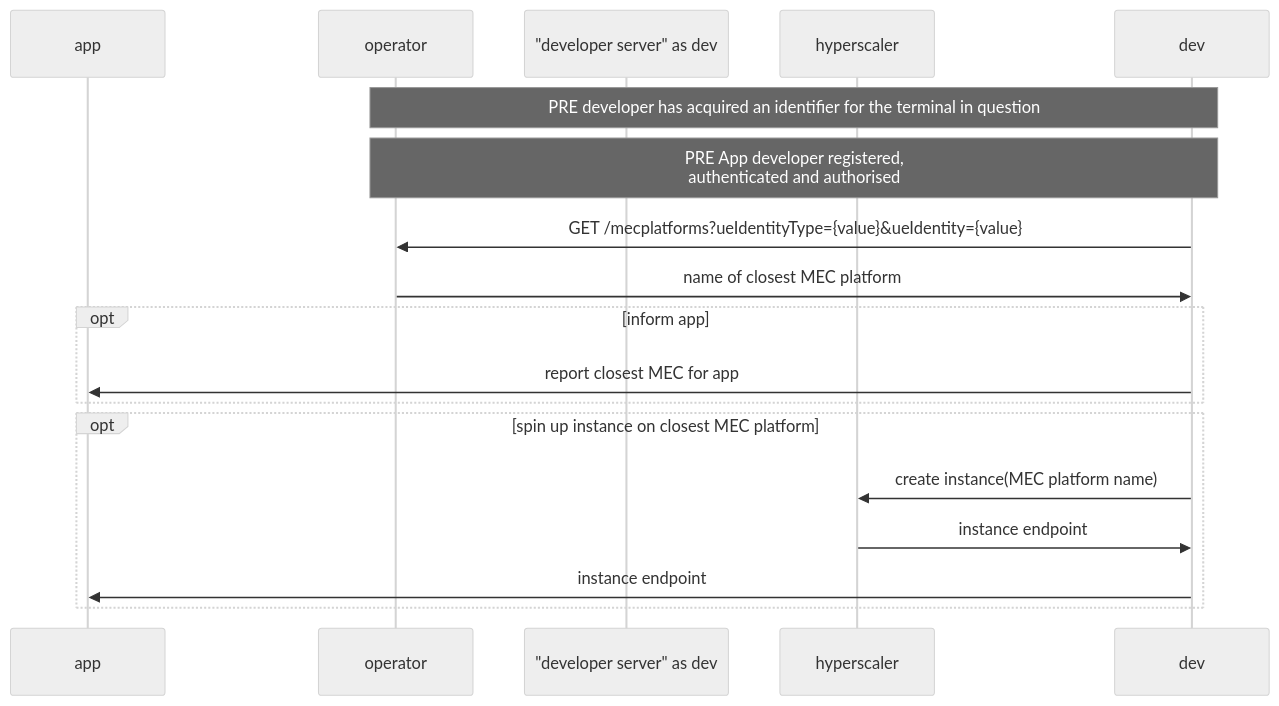
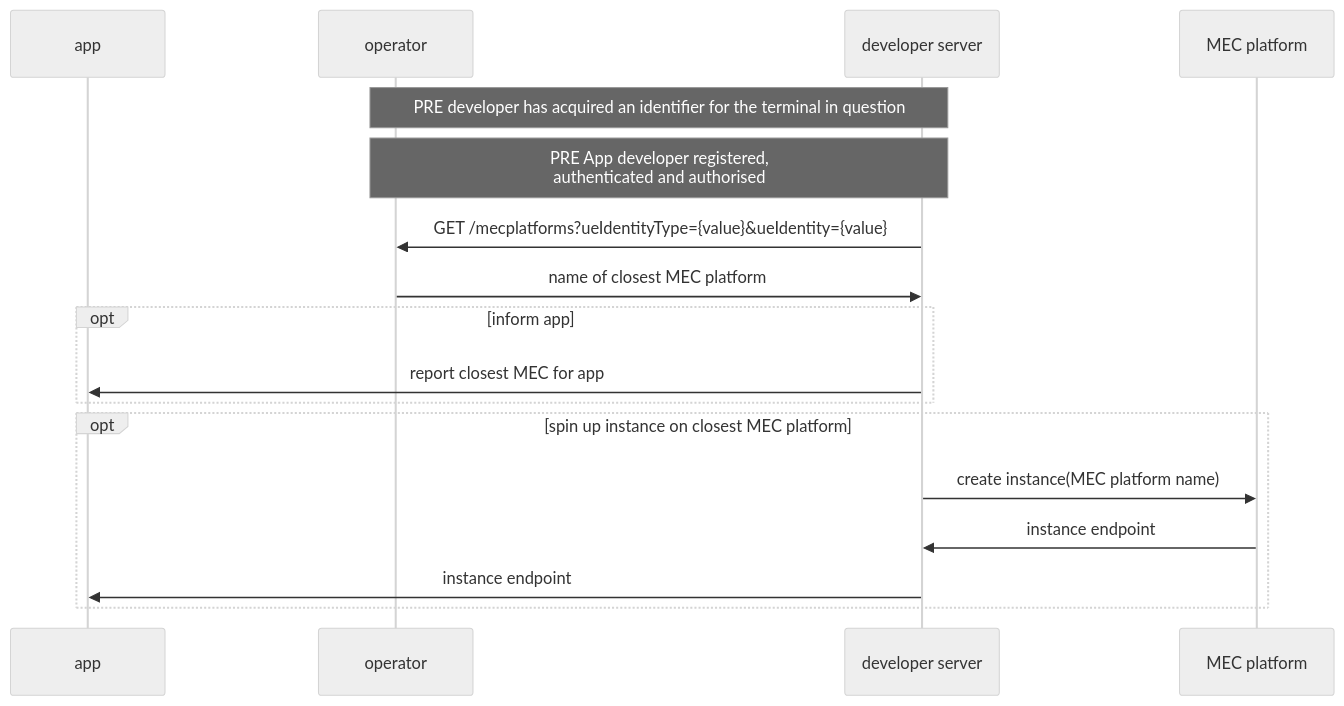
The second of 2 diagrams in documentation/SupportingDocuments/Harmonisation of APIs/describing and harmonising the Edge APIs.md (camaraproject/EdgeCloud), drawn with Mermaid (neutral theme) before and after one commit. The commit also changed other lines of this file, not shown here.

````diff
--- a/documentation/SupportingDocuments/Harmonisation of APIs/describing and harmonising the Edge APIs.md
+++ b/documentation/SupportingDocuments/Harmonisation of APIs/describing and harmonising the Edge APIs.md
@@ -131,19 +136,19 @@
 ```mermaid
 sequenceDiagram
     participant app
     participant operator
-    participant "developer server" as dev
-    participant hyperscaler
-    Note over dev,operator: PRE developer has acquired an identifier for the terminal in question
-    Note over dev,operator: PRE App developer registered, <br/> authenticated and authorised
-    dev->>operator: GET /mecplatforms?ueIdentityType={value}&ueIdentity={value}
-    operator->>dev: name of closest MEC platform
+    participant developer server
+    participant MEC platform
+    Note over developer server,operator: PRE developer has acquired an identifier for the terminal in question
+    Note over developer server,operator: PRE App developer registered, <br/> authenticated and authorised
+    developer server->>operator: GET /mecplatforms?ueIdentityType={value}&ueIdentity={value}
+    operator->>developer server: name of closest MEC platform
     opt inform app
-     dev->>app: report closest MEC for app
+     developer server->>app: report closest MEC for app
     end
     opt spin up instance on closest MEC platform
-     dev->>hyperscaler: create instance(MEC platform name)
-     hyperscaler->>dev: instance endpoint
-     dev->>app: instance endpoint
+     developer server->> MEC platform: create instance(MEC platform name)
+      MEC platform->>developer server: instance endpoint
+     developer server->>app: instance endpoint
     end
 ```
````
